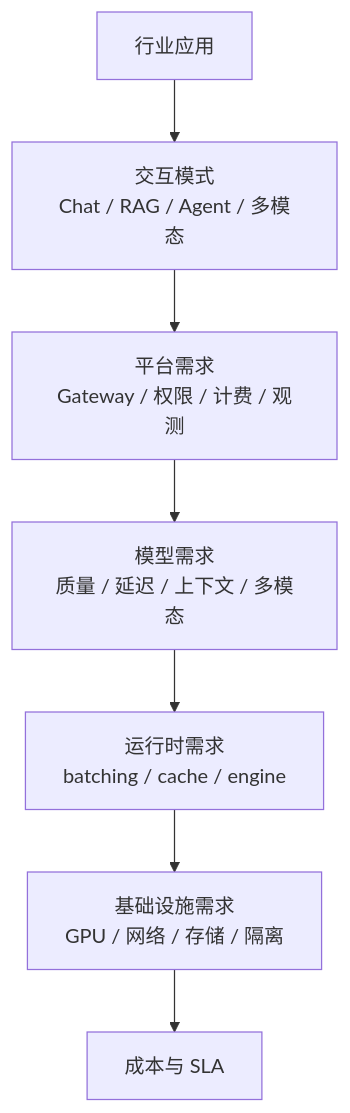
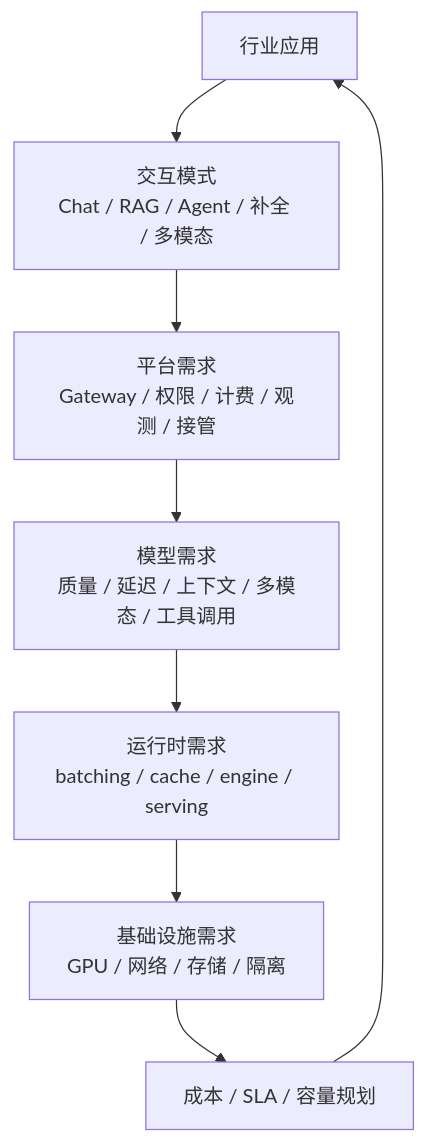
The diagram in docs/part-01-applications/chapter-04-industry-applications.md (ikingye/ai-factory-engineering), drawn with Mermaid before and after one commit. The commit also changed other lines of this file and 3 other files, not shown here.

````diff
--- a/docs/part-01-applications/chapter-04-industry-applications.md
+++ b/docs/part-01-applications/chapter-04-industry-applications.md
@@ -21,9 +39,10 @@
 ```mermaid
 flowchart TB
-  App["行业应用"] --> Pattern["交互模式\nChat / RAG / Agent / 多模态"]
-  Pattern --> Platform["平台需求\nGateway / 权限 / 计费 / 观测"]
-  Platform --> Model["模型需求\n质量 / 延迟 / 上下文 / 多模态"]
-  Model --> Runtime["运行时需求\nbatching / cache / engine"]
+  App["行业应用"] --> Pattern["交互模式\nChat / RAG / Agent / 补全 / 多模态"]
+  Pattern --> Platform["平台需求\nGateway / 权限 / 计费 / 观测 / 接管"]
+  Platform --> Model["模型需求\n质量 / 延迟 / 上下文 / 多模态 / 工具调用"]
+  Model --> Runtime["运行时需求\nbatching / cache / engine / serving"]
   Runtime --> Infra["基础设施需求\nGPU / 网络 / 存储 / 隔离"]
-  Infra --> Cost["成本与 SLA"]
+  Infra --> Cost["成本 / SLA / 容量规划"]
+  Cost --> App
 ```
````
